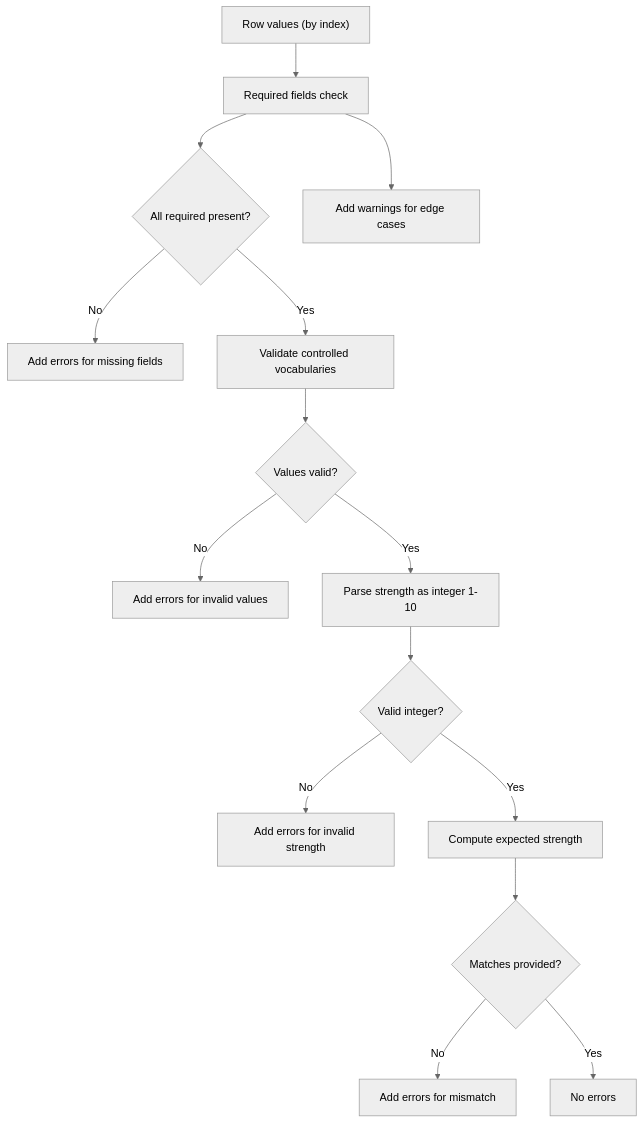
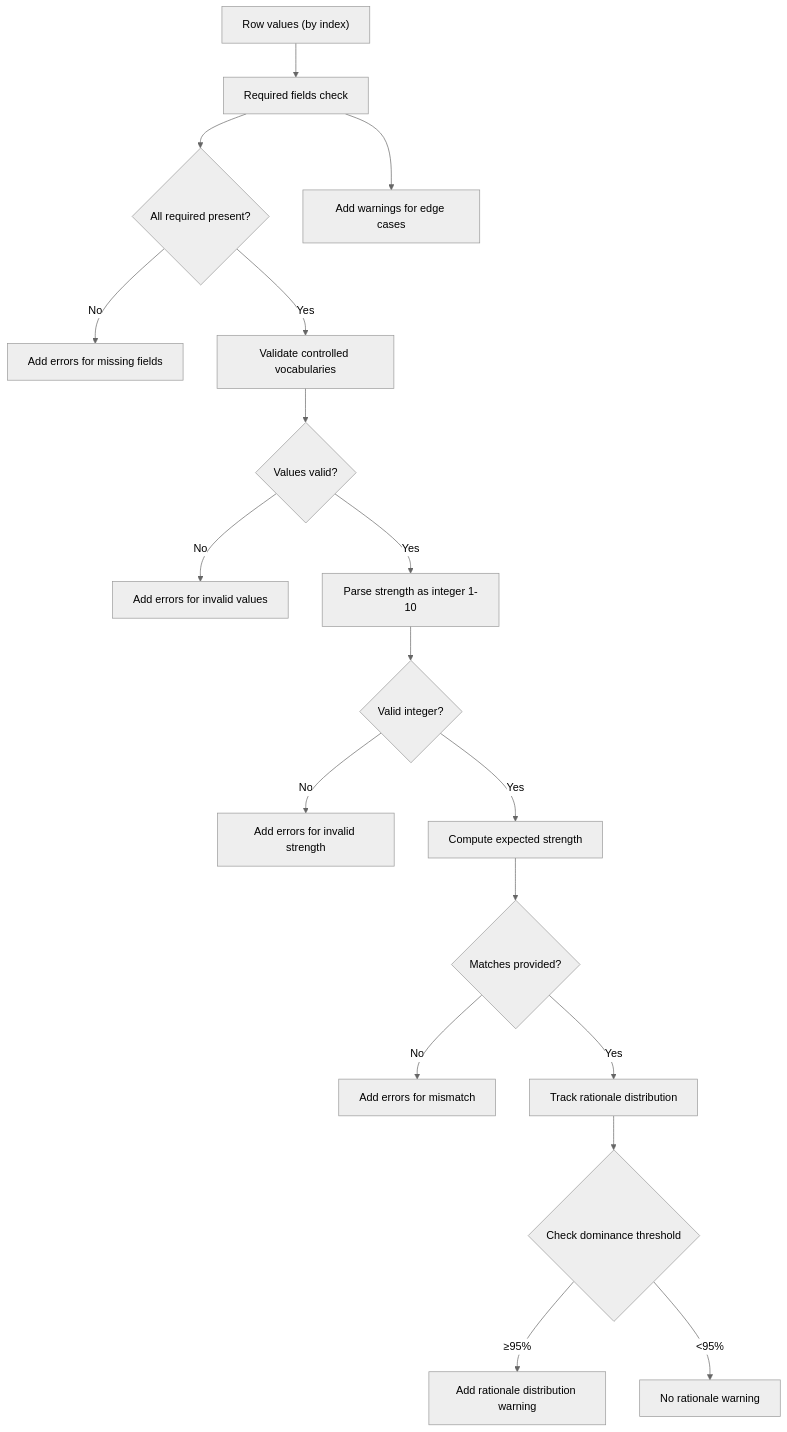
One commit to austinsonger/GRC-Mapping-Analyst changed the fifth of 8 diagrams in .qoder/repowiki/en/content/Core Processing Engine and Algorithms/CSV Processing and Validation.md. Above: the diagram before and after it, drawn with Mermaid (neutral theme). The commit also changed other lines of this file and 4 other files, not shown here.

````diff
--- a/.qoder/repowiki/en/content/Core Processing Engine and Algorithms/CSV Processing and Validation.md
+++ b/.qoder/repowiki/en/content/Core Processing Engine and Algorithms/CSV Processing and Validation.md
@@ -190,17 +204,20 @@
 ```mermaid
 flowchart TD
 R0["Row values (by index)"] --> V1["Required fields check"]
 V1 --> V2{"All required present?"}
 V2 --> |No| E1["Add errors for missing fields"]
 V2 --> |Yes| V3["Validate controlled vocabularies"]
 V3 --> V4{"Values valid?"}
 V4 --> |No| E2["Add errors for invalid values"]
 V4 --> |Yes| V5["Parse strength as integer 1-10"]
 V5 --> V6{"Valid integer?"}
 V6 --> |No| E3["Add errors for invalid strength"]
 V6 --> |Yes| V7["Compute expected strength"]
 V7 --> V8{"Matches provided?"}
 V8 --> |No| E4["Add errors for mismatch"]
-V8 --> |Yes| V9["No errors"]
-V1 --> W1["Add warnings for edge cases"]
+V8 --> |Yes| V9["Track rationale distribution"]
+V9 --> V10{"Check dominance threshold"}
+V10 --> |≥95%| W1["Add rationale distribution warning"]
+V10 --> |<95%| V11["No rationale warning"]
+V1 --> W2["Add warnings for edge cases"]
 ```
````
